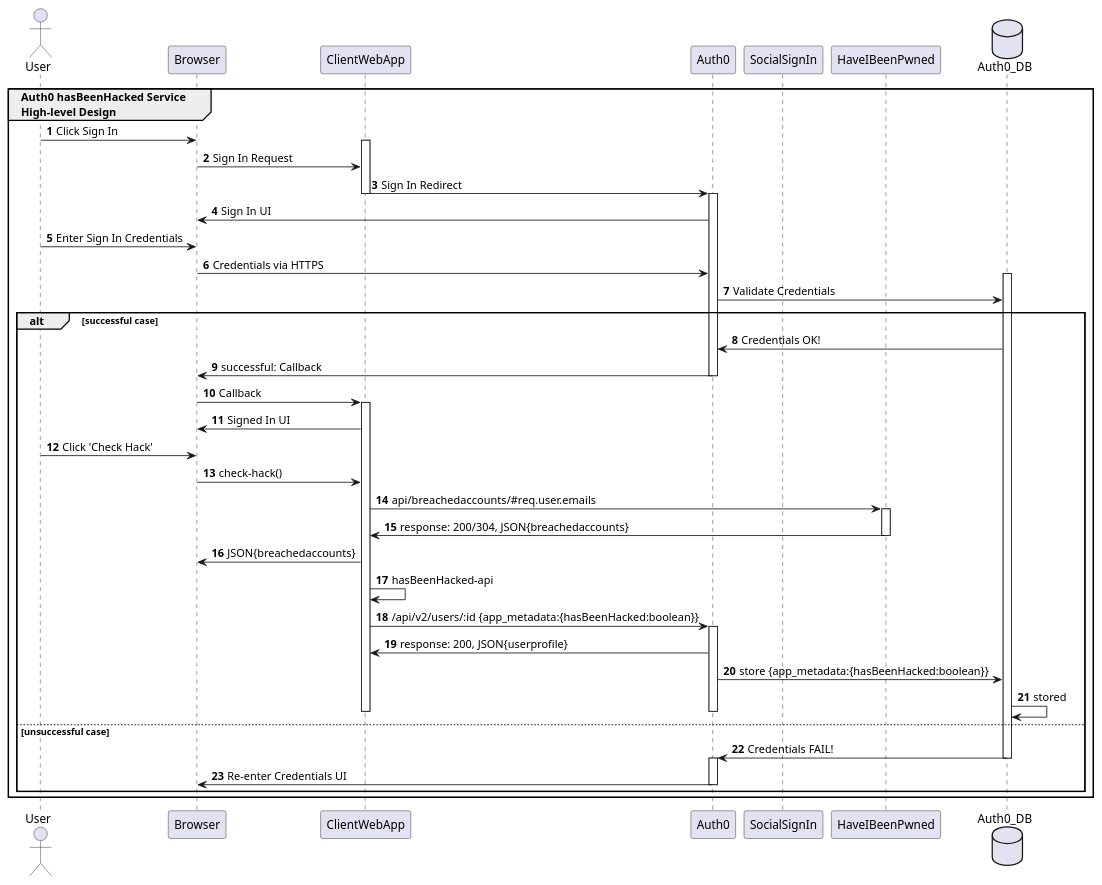
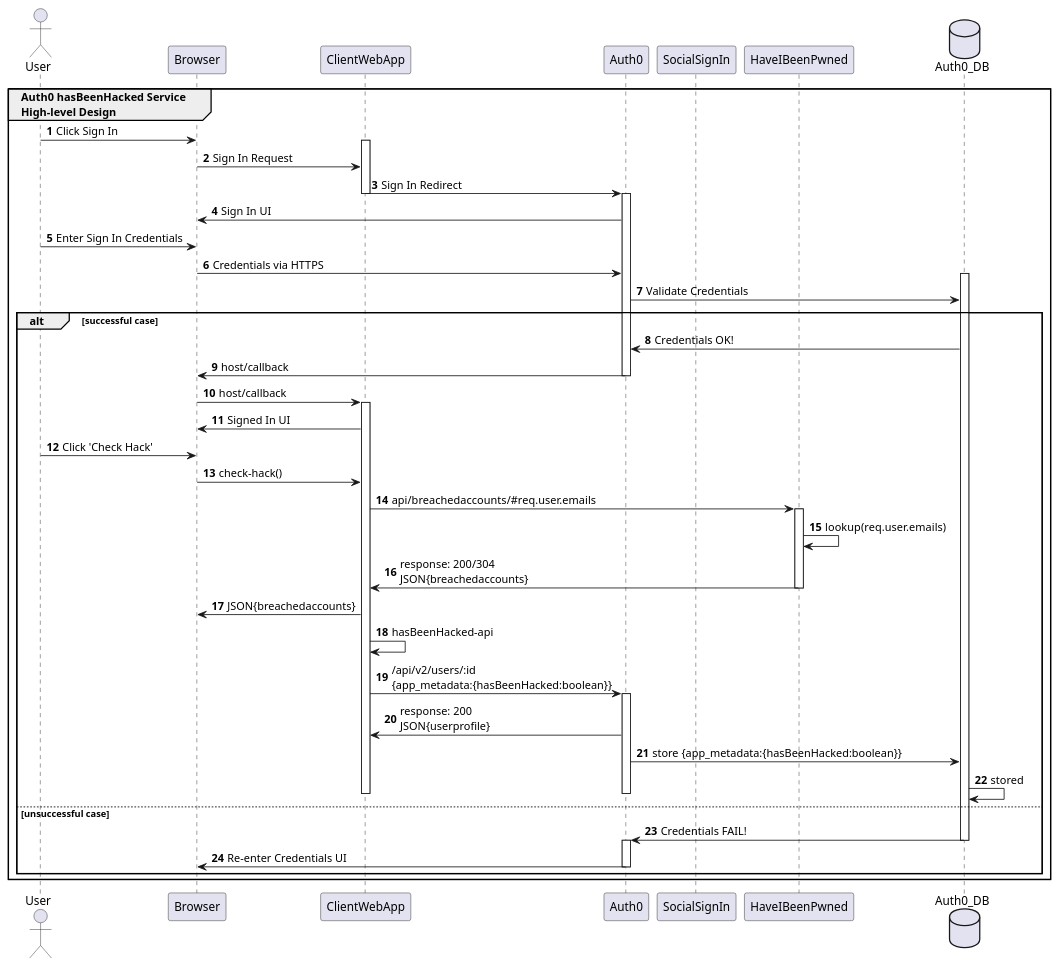
The diagram in hasBeenHacked.pu (auth0-samples/auth0-regular-webapp-login-with-sso-and-api), drawn with PlantUML before and after one commit. The commit also changed 6 other files, not shown here.

```diff
--- a/hasBeenHacked.pu
+++ b/hasBeenHacked.pu
@@ -1,63 +1,64 @@
 @startuml
 
 actor User
 participant Browser
 participant ClientWebApp
 participant Auth0
 participant SocialSignIn
 participant HaveIBeenPwned
 database Auth0_DB
 
 autonumber
 
 group Auth0 hasBeenHacked Service\nHigh-level Design
 
 User -> Browser: Click Sign In
 activate ClientWebApp
 Browser -> ClientWebApp: Sign In Request
 ClientWebApp -> Auth0: Sign In Redirect
 deactivate ClientWebApp
 activate Auth0
 Auth0 -> Browser: Sign In UI
 User -> Browser: Enter Sign In Credentials
 Browser -> Auth0: Credentials via HTTPS
 
 activate Auth0_DB
 Auth0 -> Auth0_DB: Validate Credentials
 
 alt successful case
 
 Auth0_DB -> Auth0: Credentials OK!
-Auth0 -> Browser: successful: Callback
+Auth0 -> Browser: host/callback
 deactivate Auth0
-Browser -> ClientWebApp: Callback
+Browser -> ClientWebApp: host/callback
 activate ClientWebApp
 ClientWebApp -> Browser: Signed In UI
 User -> Browser: Click 'Check Hack'
 Browser -> ClientWebApp: check-hack()
 ClientWebApp -> HaveIBeenPwned: api/breachedaccounts/#req.user.emails
 activate HaveIBeenPwned
-HaveIBeenPwned -> ClientWebApp: response: 200/304, JSON{breachedaccounts}
+HaveIBeenPwned -> HaveIBeenPwned: lookup(req.user.emails)
+HaveIBeenPwned -> ClientWebApp: response: 200/304\nJSON{breachedaccounts}
 deactivate HaveIBeenPwned
 ClientWebApp -> Browser: JSON{breachedaccounts}
 ClientWebApp -> ClientWebApp: hasBeenHacked-api
-ClientWebApp -> Auth0: /api/v2/users/:id {app_metadata:{hasBeenHacked:boolean}}
+ClientWebApp -> Auth0: /api/v2/users/:id\n{app_metadata:{hasBeenHacked:boolean}}
 activate Auth0
-Auth0 -> ClientWebApp: response: 200, JSON{userprofile}
+Auth0 -> ClientWebApp: response: 200\nJSON{userprofile}
 Auth0 -> Auth0_DB: store {app_metadata:{hasBeenHacked:boolean}}
 Auth0_DB -> Auth0_DB: stored
 deactivate ClientWebApp
 deactivate Auth0
 
 else unsuccessful case
 
 Auth0_DB -> Auth0: Credentials FAIL!
 deactivate Auth0_DB
 activate Auth0
 Auth0 -> Browser: Re-enter Credentials UI
 deactivate Auth0
 end
 
 end
 
 @enduml
```
